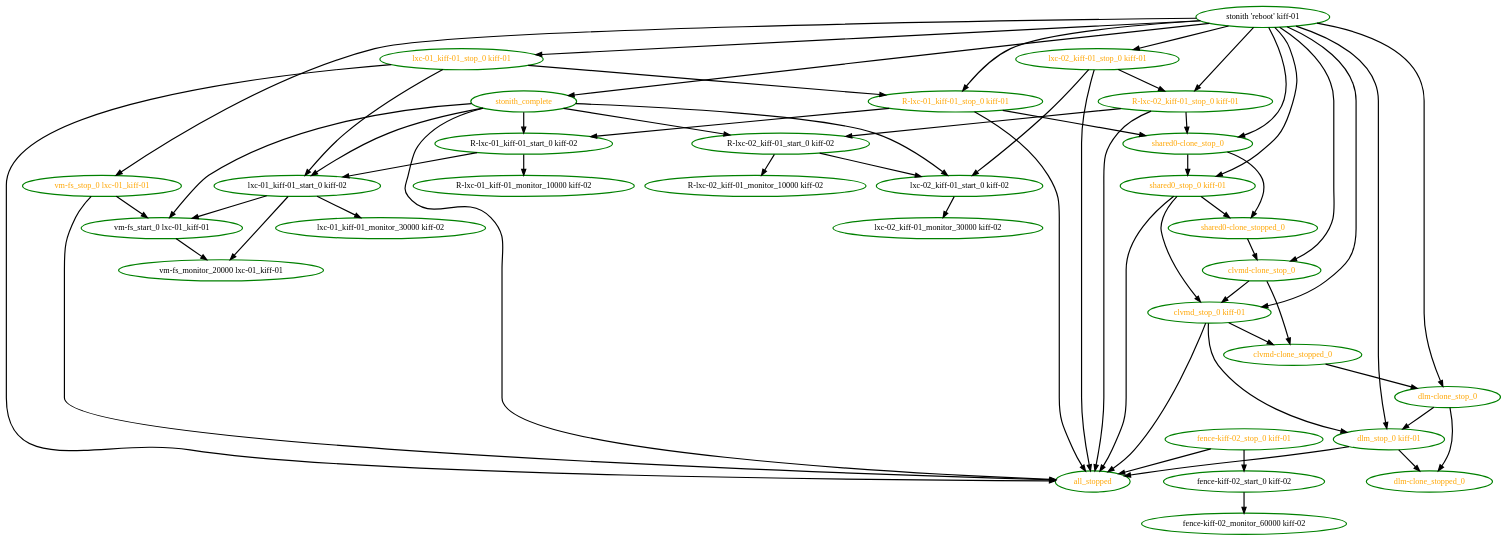
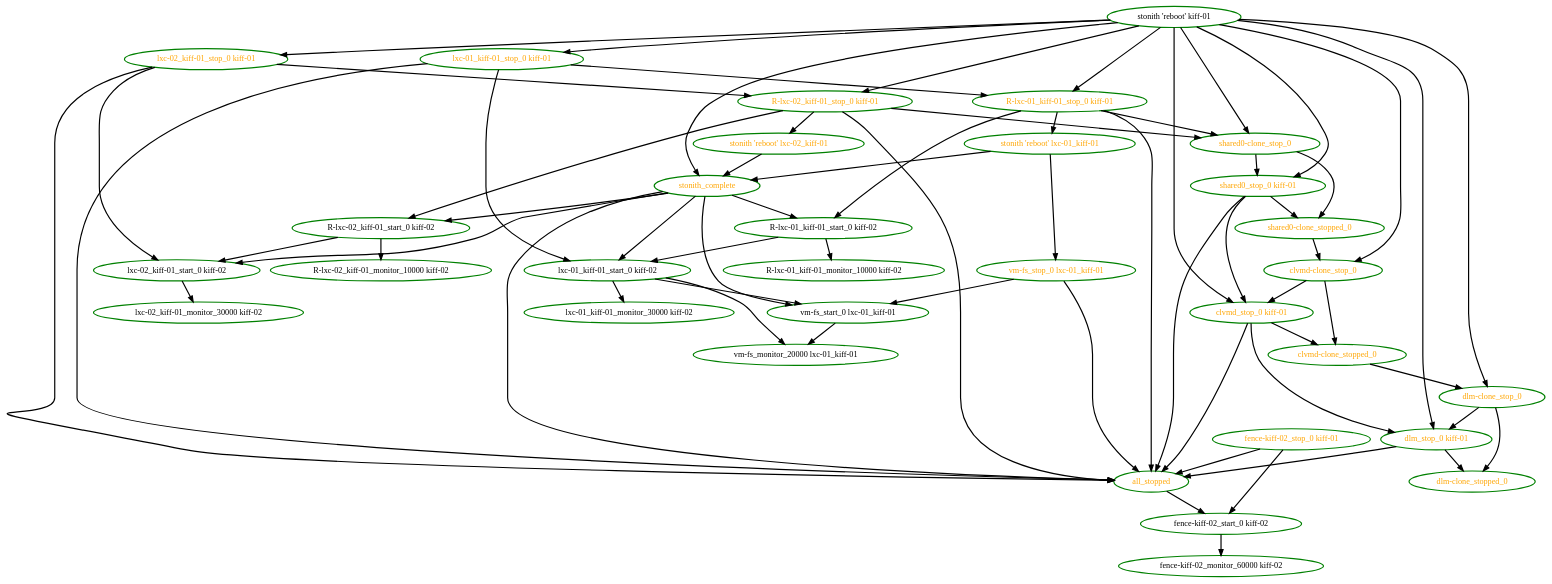
One commit to ClusterLabs/pacemaker changed the diagram in pengine/test10/whitebox-imply-stop-on-fence.dot. Above: the diagram before and after it, drawn with Graphviz. The commit also changed 23 other files, not shown here.

```diff
--- a/pengine/test10/whitebox-imply-stop-on-fence.dot
+++ b/pengine/test10/whitebox-imply-stop-on-fence.dot
@@ -1,92 +1,99 @@
  digraph "g" {
 "R-lxc-01_kiff-01_monitor_10000 kiff-02" [ style=bold color="green" fontcolor="black"]
 "R-lxc-01_kiff-01_start_0 kiff-02" -> "R-lxc-01_kiff-01_monitor_10000 kiff-02" [ style = bold]
 "R-lxc-01_kiff-01_start_0 kiff-02" -> "lxc-01_kiff-01_start_0 kiff-02" [ style = bold]
 "R-lxc-01_kiff-01_start_0 kiff-02" [ style=bold color="green" fontcolor="black"]
 "R-lxc-01_kiff-01_stop_0 kiff-01" -> "R-lxc-01_kiff-01_start_0 kiff-02" [ style = bold]
 "R-lxc-01_kiff-01_stop_0 kiff-01" -> "all_stopped" [ style = bold]
 "R-lxc-01_kiff-01_stop_0 kiff-01" -> "shared0-clone_stop_0" [ style = bold]
+"R-lxc-01_kiff-01_stop_0 kiff-01" -> "stonith 'reboot' lxc-01_kiff-01" [ style = bold]
 "R-lxc-01_kiff-01_stop_0 kiff-01" [ style=bold color="green" fontcolor="orange"]
 "R-lxc-02_kiff-01_monitor_10000 kiff-02" [ style=bold color="green" fontcolor="black"]
 "R-lxc-02_kiff-01_start_0 kiff-02" -> "R-lxc-02_kiff-01_monitor_10000 kiff-02" [ style = bold]
 "R-lxc-02_kiff-01_start_0 kiff-02" -> "lxc-02_kiff-01_start_0 kiff-02" [ style = bold]
 "R-lxc-02_kiff-01_start_0 kiff-02" [ style=bold color="green" fontcolor="black"]
 "R-lxc-02_kiff-01_stop_0 kiff-01" -> "R-lxc-02_kiff-01_start_0 kiff-02" [ style = bold]
 "R-lxc-02_kiff-01_stop_0 kiff-01" -> "all_stopped" [ style = bold]
 "R-lxc-02_kiff-01_stop_0 kiff-01" -> "shared0-clone_stop_0" [ style = bold]
+"R-lxc-02_kiff-01_stop_0 kiff-01" -> "stonith 'reboot' lxc-02_kiff-01" [ style = bold]
 "R-lxc-02_kiff-01_stop_0 kiff-01" [ style=bold color="green" fontcolor="orange"]
+"all_stopped" -> "fence-kiff-02_start_0 kiff-02" [ style = bold]
 "all_stopped" [ style=bold color="green" fontcolor="orange"]
 "clvmd-clone_stop_0" -> "clvmd-clone_stopped_0" [ style = bold]
 "clvmd-clone_stop_0" -> "clvmd_stop_0 kiff-01" [ style = bold]
 "clvmd-clone_stop_0" [ style=bold color="green" fontcolor="orange"]
 "clvmd-clone_stopped_0" -> "dlm-clone_stop_0" [ style = bold]
 "clvmd-clone_stopped_0" [ style=bold color="green" fontcolor="orange"]
 "clvmd_stop_0 kiff-01" -> "all_stopped" [ style = bold]
 "clvmd_stop_0 kiff-01" -> "clvmd-clone_stopped_0" [ style = bold]
 "clvmd_stop_0 kiff-01" -> "dlm_stop_0 kiff-01" [ style = bold]
 "clvmd_stop_0 kiff-01" [ style=bold color="green" fontcolor="orange"]
 "dlm-clone_stop_0" -> "dlm-clone_stopped_0" [ style = bold]
 "dlm-clone_stop_0" -> "dlm_stop_0 kiff-01" [ style = bold]
 "dlm-clone_stop_0" [ style=bold color="green" fontcolor="orange"]
 "dlm-clone_stopped_0" [ style=bold color="green" fontcolor="orange"]
 "dlm_stop_0 kiff-01" -> "all_stopped" [ style = bold]
 "dlm_stop_0 kiff-01" -> "dlm-clone_stopped_0" [ style = bold]
 "dlm_stop_0 kiff-01" [ style=bold color="green" fontcolor="orange"]
 "fence-kiff-02_monitor_60000 kiff-02" [ style=bold color="green" fontcolor="black"]
 "fence-kiff-02_start_0 kiff-02" -> "fence-kiff-02_monitor_60000 kiff-02" [ style = bold]
 "fence-kiff-02_start_0 kiff-02" [ style=bold color="green" fontcolor="black"]
 "fence-kiff-02_stop_0 kiff-01" -> "all_stopped" [ style = bold]
 "fence-kiff-02_stop_0 kiff-01" -> "fence-kiff-02_start_0 kiff-02" [ style = bold]
 "fence-kiff-02_stop_0 kiff-01" [ style=bold color="green" fontcolor="orange"]
 "lxc-01_kiff-01_monitor_30000 kiff-02" [ style=bold color="green" fontcolor="black"]
 "lxc-01_kiff-01_start_0 kiff-02" -> "lxc-01_kiff-01_monitor_30000 kiff-02" [ style = bold]
 "lxc-01_kiff-01_start_0 kiff-02" -> "vm-fs_monitor_20000 lxc-01_kiff-01" [ style = bold]
 "lxc-01_kiff-01_start_0 kiff-02" -> "vm-fs_start_0 lxc-01_kiff-01" [ style = bold]
 "lxc-01_kiff-01_start_0 kiff-02" [ style=bold color="green" fontcolor="black"]
 "lxc-01_kiff-01_stop_0 kiff-01" -> "R-lxc-01_kiff-01_stop_0 kiff-01" [ style = bold]
 "lxc-01_kiff-01_stop_0 kiff-01" -> "all_stopped" [ style = bold]
 "lxc-01_kiff-01_stop_0 kiff-01" -> "lxc-01_kiff-01_start_0 kiff-02" [ style = bold]
 "lxc-01_kiff-01_stop_0 kiff-01" [ style=bold color="green" fontcolor="orange"]
 "lxc-02_kiff-01_monitor_30000 kiff-02" [ style=bold color="green" fontcolor="black"]
 "lxc-02_kiff-01_start_0 kiff-02" -> "lxc-02_kiff-01_monitor_30000 kiff-02" [ style = bold]
 "lxc-02_kiff-01_start_0 kiff-02" [ style=bold color="green" fontcolor="black"]
 "lxc-02_kiff-01_stop_0 kiff-01" -> "R-lxc-02_kiff-01_stop_0 kiff-01" [ style = bold]
 "lxc-02_kiff-01_stop_0 kiff-01" -> "all_stopped" [ style = bold]
 "lxc-02_kiff-01_stop_0 kiff-01" -> "lxc-02_kiff-01_start_0 kiff-02" [ style = bold]
 "lxc-02_kiff-01_stop_0 kiff-01" [ style=bold color="green" fontcolor="orange"]
 "shared0-clone_stop_0" -> "shared0-clone_stopped_0" [ style = bold]
 "shared0-clone_stop_0" -> "shared0_stop_0 kiff-01" [ style = bold]
 "shared0-clone_stop_0" [ style=bold color="green" fontcolor="orange"]
 "shared0-clone_stopped_0" -> "clvmd-clone_stop_0" [ style = bold]
 "shared0-clone_stopped_0" [ style=bold color="green" fontcolor="orange"]
 "shared0_stop_0 kiff-01" -> "all_stopped" [ style = bold]
 "shared0_stop_0 kiff-01" -> "clvmd_stop_0 kiff-01" [ style = bold]
 "shared0_stop_0 kiff-01" -> "shared0-clone_stopped_0" [ style = bold]
 "shared0_stop_0 kiff-01" [ style=bold color="green" fontcolor="orange"]
 "stonith 'reboot' kiff-01" -> "R-lxc-01_kiff-01_stop_0 kiff-01" [ style = bold]
 "stonith 'reboot' kiff-01" -> "R-lxc-02_kiff-01_stop_0 kiff-01" [ style = bold]
 "stonith 'reboot' kiff-01" -> "clvmd-clone_stop_0" [ style = bold]
 "stonith 'reboot' kiff-01" -> "clvmd_stop_0 kiff-01" [ style = bold]
 "stonith 'reboot' kiff-01" -> "dlm-clone_stop_0" [ style = bold]
 "stonith 'reboot' kiff-01" -> "dlm_stop_0 kiff-01" [ style = bold]
 "stonith 'reboot' kiff-01" -> "lxc-01_kiff-01_stop_0 kiff-01" [ style = bold]
 "stonith 'reboot' kiff-01" -> "lxc-02_kiff-01_stop_0 kiff-01" [ style = bold]
 "stonith 'reboot' kiff-01" -> "shared0-clone_stop_0" [ style = bold]
 "stonith 'reboot' kiff-01" -> "shared0_stop_0 kiff-01" [ style = bold]
 "stonith 'reboot' kiff-01" -> "stonith_complete" [ style = bold]
-"stonith 'reboot' kiff-01" -> "vm-fs_stop_0 lxc-01_kiff-01" [ style = bold]
 "stonith 'reboot' kiff-01" [ style=bold color="green" fontcolor="black"]
+"stonith 'reboot' lxc-01_kiff-01" -> "stonith_complete" [ style = bold]
+"stonith 'reboot' lxc-01_kiff-01" -> "vm-fs_stop_0 lxc-01_kiff-01" [ style = bold]
+"stonith 'reboot' lxc-01_kiff-01" [ style=bold color="green" fontcolor="orange"]
+"stonith 'reboot' lxc-02_kiff-01" -> "stonith_complete" [ style = bold]
+"stonith 'reboot' lxc-02_kiff-01" [ style=bold color="green" fontcolor="orange"]
 "stonith_complete" -> "R-lxc-01_kiff-01_start_0 kiff-02" [ style = bold]
 "stonith_complete" -> "R-lxc-02_kiff-01_start_0 kiff-02" [ style = bold]
 "stonith_complete" -> "all_stopped" [ style = bold]
 "stonith_complete" -> "lxc-01_kiff-01_start_0 kiff-02" [ style = bold]
 "stonith_complete" -> "lxc-02_kiff-01_start_0 kiff-02" [ style = bold]
 "stonith_complete" -> "vm-fs_start_0 lxc-01_kiff-01" [ style = bold]
 "stonith_complete" [ style=bold color="green" fontcolor="orange"]
 "vm-fs_monitor_20000 lxc-01_kiff-01" [ style=bold color="green" fontcolor="black"]
 "vm-fs_start_0 lxc-01_kiff-01" -> "vm-fs_monitor_20000 lxc-01_kiff-01" [ style = bold]
 "vm-fs_start_0 lxc-01_kiff-01" [ style=bold color="green" fontcolor="black"]
 "vm-fs_stop_0 lxc-01_kiff-01" -> "all_stopped" [ style = bold]
 "vm-fs_stop_0 lxc-01_kiff-01" -> "vm-fs_start_0 lxc-01_kiff-01" [ style = bold]
 "vm-fs_stop_0 lxc-01_kiff-01" [ style=bold color="green" fontcolor="orange"]
 }
```
